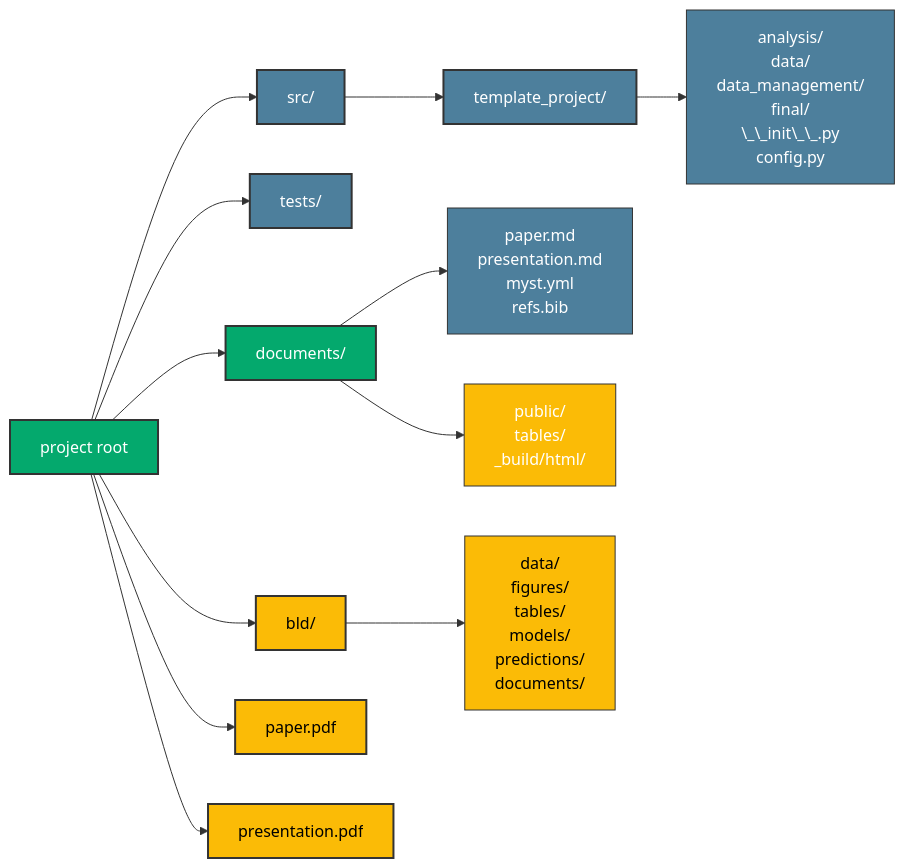
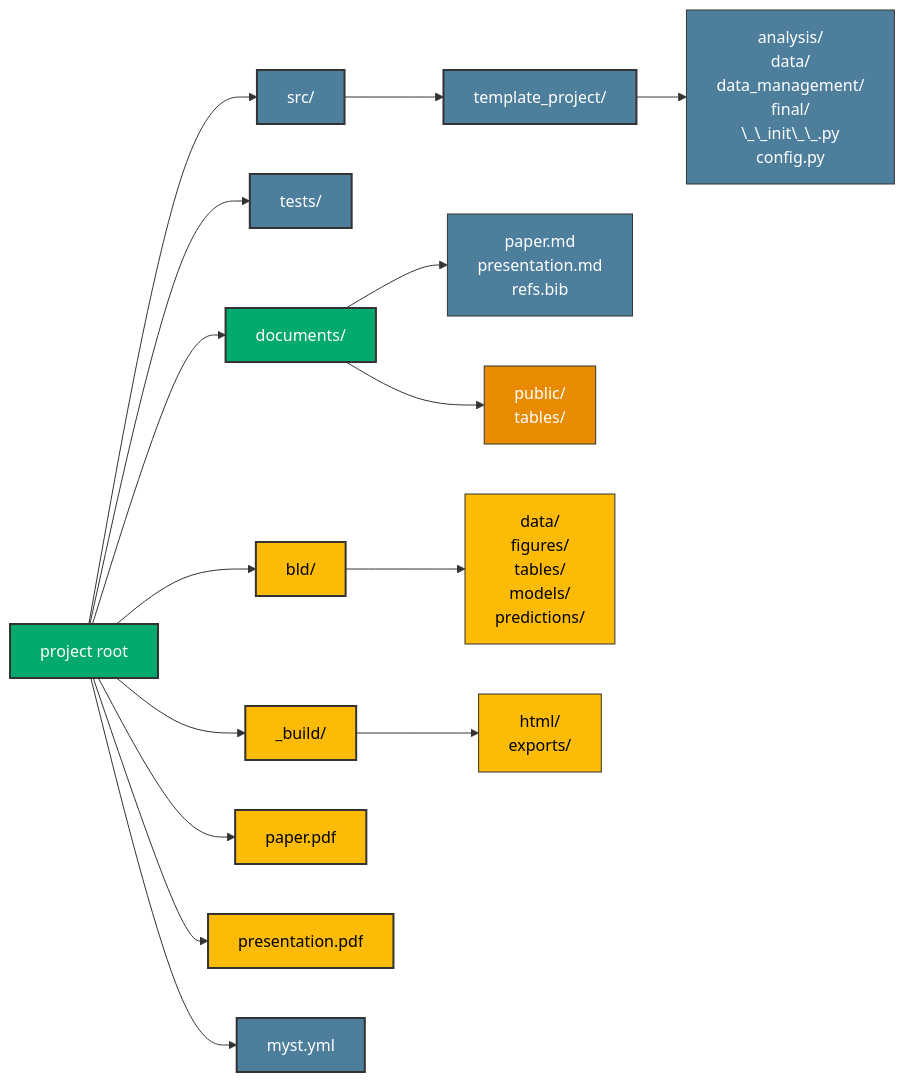
Before and after one commit to OpenSourceEconomics/econ-project-templates: the first of 2 diagrams in docs_template/source/background/directory_structure.md, drawn with Mermaid. The commit also changed other lines of this file and 25 other files, not shown here.

````diff
--- a/docs_template/source/background/directory_structure.md
+++ b/docs_template/source/background/directory_structure.md
@@ -10,42 +10,51 @@
 ```{mermaid}
 flowchart LR
     Root["project root"]
 
     Src["src/"]
     SrcSub["template_project/"]
     SrcSubDir["analysis/<br/>data/<br/>data_management/<br/>final/<br/>\_\_init\_\_.py<br/>config.py"]
     Tests["tests/"]
     Documents["documents/"]
-    DocumentsSource["paper.md<br/>presentation.md<br/>myst.yml<br/>refs.bib"]
-    DocumentsOutput["public/<br/>tables/<br/>_build/html/"]
+    DocumentsSource["paper.md<br/>presentation.md<br/>refs.bib"]
+    DocumentsOutput["public/<br/>tables/"]
     Bld["bld/"]
-    BldSub["data/<br/>figures/<br/>tables/<br/>models/<br/>predictions/<br/>documents/"]
+    BldSub["data/<br/>figures/<br/>tables/<br/>models/<br/>predictions/"]
+    Build["_build/"]
+    BuildSub["html/<br/>exports/"]
     Paper["paper.pdf"]
     Presentation["presentation.pdf"]
+    MystYml["myst.yml"]
 
+    Root --> Src
+    Root --> Tests
+    Root --> MystYml
+    Root --> Documents
+    Root --> Bld
+    Root --> Build
     Root --> Paper
     Root --> Presentation
-    Root --> Bld
-    Root --> Documents
-    Root --> Src
-    Root --> Tests
 
-    Bld --> BldSub
+    Src --> SrcSub
+    SrcSub --> SrcSubDir
     Documents --> DocumentsSource
     Documents --> DocumentsOutput
-    Src --> SrcSub
-    SrcSub --> SrcSubDir
+    Bld --> BldSub
+    Build --> BuildSub
 
     style Root fill:#04A96D,stroke:#333,stroke-width:2px,color:#fff
+    style Src fill:#4d7f9c,stroke:#333,stroke-width:2px,color:#fff
+    style SrcSub fill:#4d7f9c,stroke:#333,stroke-width:2px,color:#fff
+    style SrcSubDir fill:#4d7f9c,stroke:#333,stroke-width:1px,color:#fff
+    style Tests fill:#4d7f9c,stroke:#333,stroke-width:2px,color:#fff
+    style MystYml fill:#4d7f9c,stroke:#333,stroke-width:2px,color:#fff
+    style Documents fill:#04A96D,stroke:#333,stroke-width:2px,color:#fff
+    style DocumentsSource fill:#4d7f9c,stroke:#333,stroke-width:1px,color:#fff
+    style DocumentsOutput fill:#E88B00,stroke:#333,stroke-width:1px,color:#fff
     style Bld fill:#FBBB06,stroke:#333,stroke-width:2px,color:#000
-    style Documents fill:#04A96D,stroke:#333,stroke-width:2px,color:#fff
+    style BldSub fill:#FBBB06,stroke:#333,stroke-width:1px,color:#000
+    style Build fill:#FBBB06,stroke:#333,stroke-width:2px,color:#000
+    style BuildSub fill:#FBBB06,stroke:#333,stroke-width:1px,color:#000
     style Paper fill:#FBBB06,stroke:#333,stroke-width:2px,color:#000
     style Presentation fill:#FBBB06,stroke:#333,stroke-width:2px,color:#000
-    style Src fill:#4d7f9c,stroke:#333,stroke-width:2px,color:#fff
-    style Tests fill:#4d7f9c,stroke:#333,stroke-width:2px,color:#fff
-    style BldSub fill:#FBBB06,stroke:#333,stroke-width:1px,color:#000
-    style DocumentsSource fill:#4d7f9c,stroke:#333,stroke-width:1px,color:#fff
-    style DocumentsOutput fill:#FBBB06,stroke:#333,stroke-width:1px,color:#fff
-    style SrcSub fill:#4d7f9c,stroke:#333,stroke-width:2px,color:#fff
-    style SrcSubDir fill:#4d7f9c,stroke:#333,stroke-width:1px,color:#fff
 ```
````
